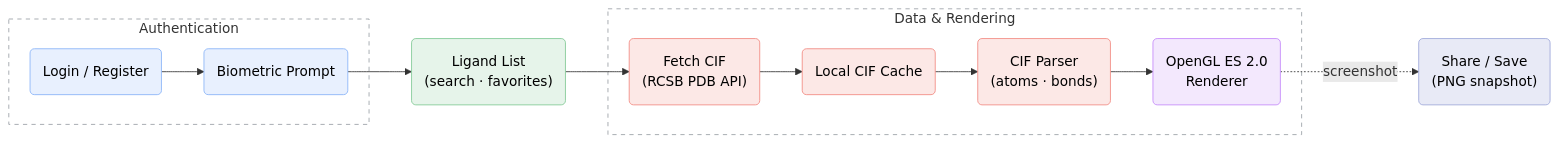
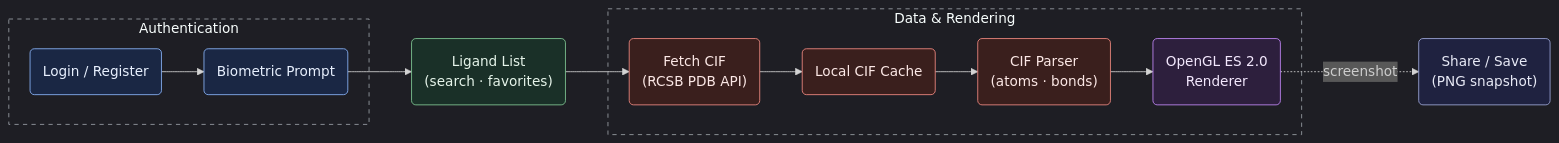
The first of 2 diagrams in README.md (42-Projects-LH/swifty-proteins), drawn with Mermaid before and after one commit. The commit also changed other lines of this file, not shown here.

Commit message:
docs(readme): rewrite with architecture diagrams and dark theme graphs

````diff
--- a/README.md
+++ b/README.md
@@ -9,33 +9,34 @@
 ```mermaid
+%%{init: {'theme': 'dark'}}%%
 graph LR
-    classDef blueNode  fill:#e8f0fe,stroke:#8ab4f8,stroke-width:1px,color:#000
-    classDef greenNode fill:#e6f4ea,stroke:#81c995,stroke-width:1px,color:#000
-    classDef peachNode fill:#fce8e6,stroke:#f28b82,stroke-width:1px,color:#000
-    classDef pinkNode  fill:#f3e8fd,stroke:#c58af9,stroke-width:1px,color:#000
-    classDef purpleNode fill:#e8eaf6,stroke:#9fa8da,stroke-width:1px,color:#000
+    classDef blueNode  fill:#1a2744,stroke:#8ab4f8,stroke-width:1px,color:#e8f0fe
+    classDef greenNode fill:#1a3028,stroke:#81c995,stroke-width:1px,color:#e6f4ea
+    classDef peachNode fill:#3a1f1d,stroke:#f28b82,stroke-width:1px,color:#fce8e6
+    classDef pinkNode  fill:#2d1f3d,stroke:#c58af9,stroke-width:1px,color:#f3e8fd
+    classDef purpleNode fill:#1f2240,stroke:#9fa8da,stroke-width:1px,color:#e8eaf6
 
     style Auth    fill:none,stroke:#9aa0a6,stroke-width:1px,stroke-dasharray:5 5
     style Render  fill:none,stroke:#9aa0a6,stroke-width:1px,stroke-dasharray:5 5
 
     subgraph Auth ["Authentication"]
         Login("Login / Register"):::blueNode
         Biometric("Biometric Prompt"):::blueNode
         Login --> Biometric
     end
 
     LigandList("Ligand List<br>(search · favorites)"):::greenNode
     Biometric --> LigandList
 
     subgraph Render ["Data & Rendering"]
         Fetch("Fetch CIF<br>(RCSB PDB API)"):::peachNode
         Cache("Local CIF Cache"):::peachNode
         Parse("CIF Parser<br>(atoms · bonds)"):::peachNode
         GL("OpenGL ES 2.0<br>Renderer"):::pinkNode
         Fetch --> Cache --> Parse --> GL
     end
 
     LigandList --> Fetch
 
     Share("Share / Save<br>(PNG snapshot)"):::purpleNode
     GL -. "screenshot" .-> Share
 ```
````
